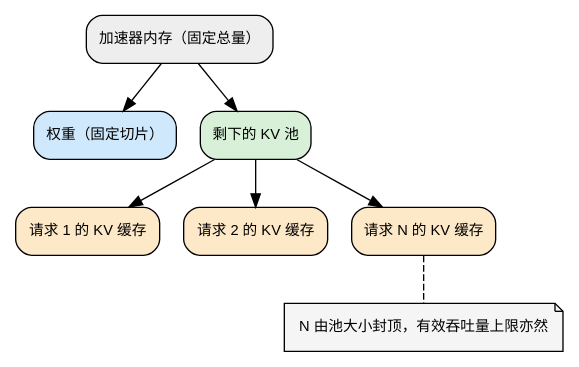
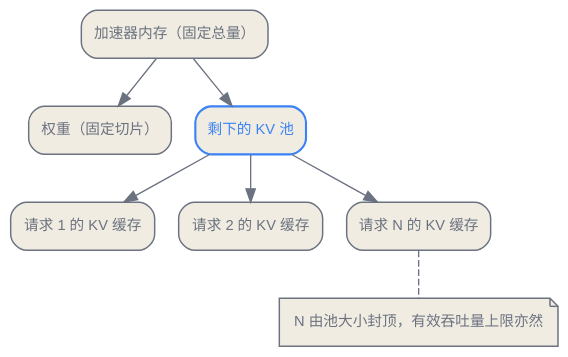
Before and after one commit to latere-ai/ai-as-an-infrastructure: the second of 2 diagrams in zh/p4-inference/16-serving-problem.qmd, drawn with Graphviz. The commit also changed 186 other files, not shown here.

First line of the commit message:
book: visual audit pass on all diagrams and figures

````diff
--- a/zh/p4-inference/16-serving-problem.qmd
+++ b/zh/p4-inference/16-serving-problem.qmd
@@ -105,21 +105,24 @@
 ```{dot}
 //| label: fig-serving-problem-memory
 //| fig-cap: "加速器内存分成固定的权重切片与剩下的、由在飞请求共享的 KV 池。池的大小为能批进多少请求封顶，从而为有效吞吐量上限封顶。"
 digraph memory {
+  bgcolor="transparent";
+  node [fontname="Helvetica", color="#6b7280", fontcolor="#6b7280", penwidth=1.1];
+  edge [color="#6b7280", fontcolor="#6b7280"];
   rankdir=TB;
-  node [shape=box, style="rounded,filled", fontname="Helvetica", fontsize=11];
-  mem [label="加速器内存（固定总量）", fillcolor="#eeeeee"];
-  weights [label="权重（固定切片）", fillcolor="#cfe8fc"];
-  pool [label="剩下的 KV 池", fillcolor="#d7f0d7"];
+  node [shape=box, style="rounded,filled", fontsize=11, fillcolor="#f1ece1"];
+  mem [label="加速器内存（固定总量）"];
+  weights [label="权重（固定切片）"];
+  pool [label="剩下的 KV 池", color="#3b82f6", fontcolor="#3b82f6", penwidth=1.6];
   mem -> weights;
   mem -> pool;
-  r1 [label="请求 1 的 KV 缓存", fillcolor="#fde9c8"];
-  r2 [label="请求 2 的 KV 缓存", fillcolor="#fde9c8"];
-  rn [label="请求 N 的 KV 缓存", fillcolor="#fde9c8"];
+  r1 [label="请求 1 的 KV 缓存"];
+  r2 [label="请求 2 的 KV 缓存"];
+  rn [label="请求 N 的 KV 缓存"];
   pool -> r1;
   pool -> r2;
   pool -> rn;
-  cap [label="N 由池大小封顶，有效吞吐量上限亦然", shape=note, fillcolor="#f5f5f5"];
+  cap [label="N 由池大小封顶，有效吞吐量上限亦然", shape=note, style=filled, fillcolor="#f1ece1"];
   rn -> cap [style=dashed, arrowhead=none];
 }
 ```
````
